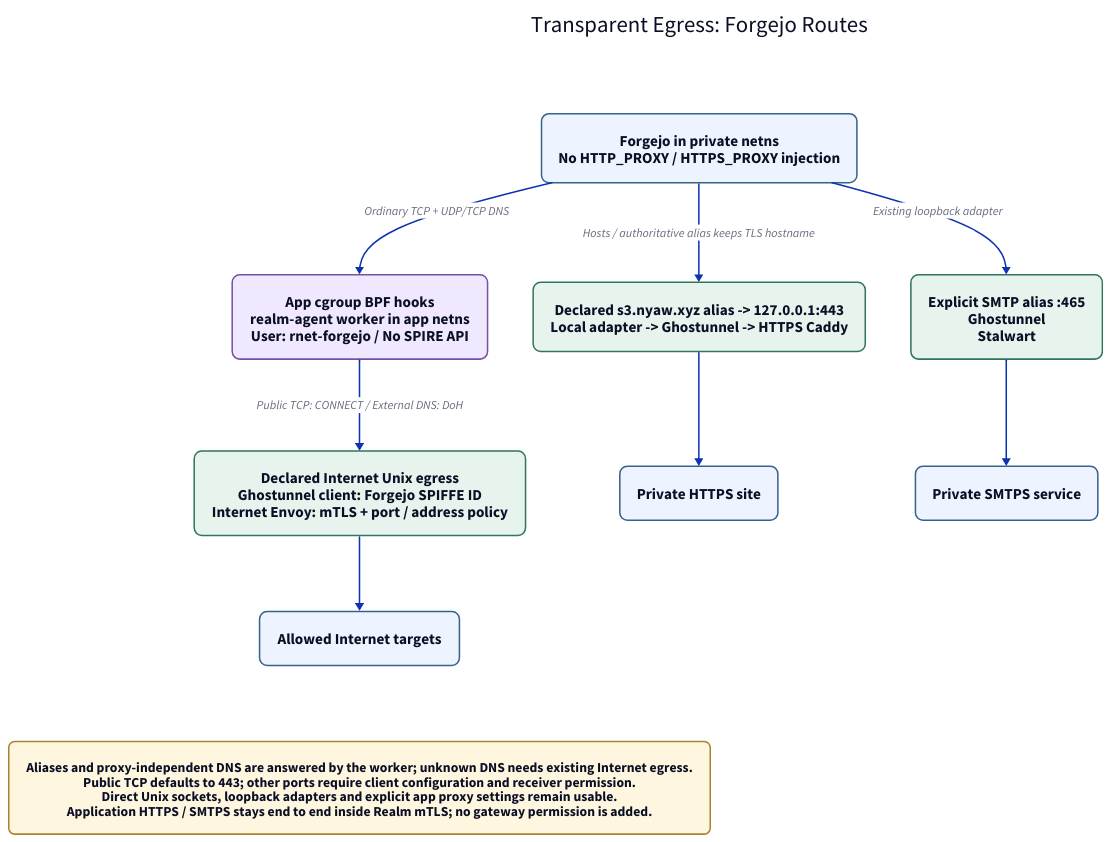
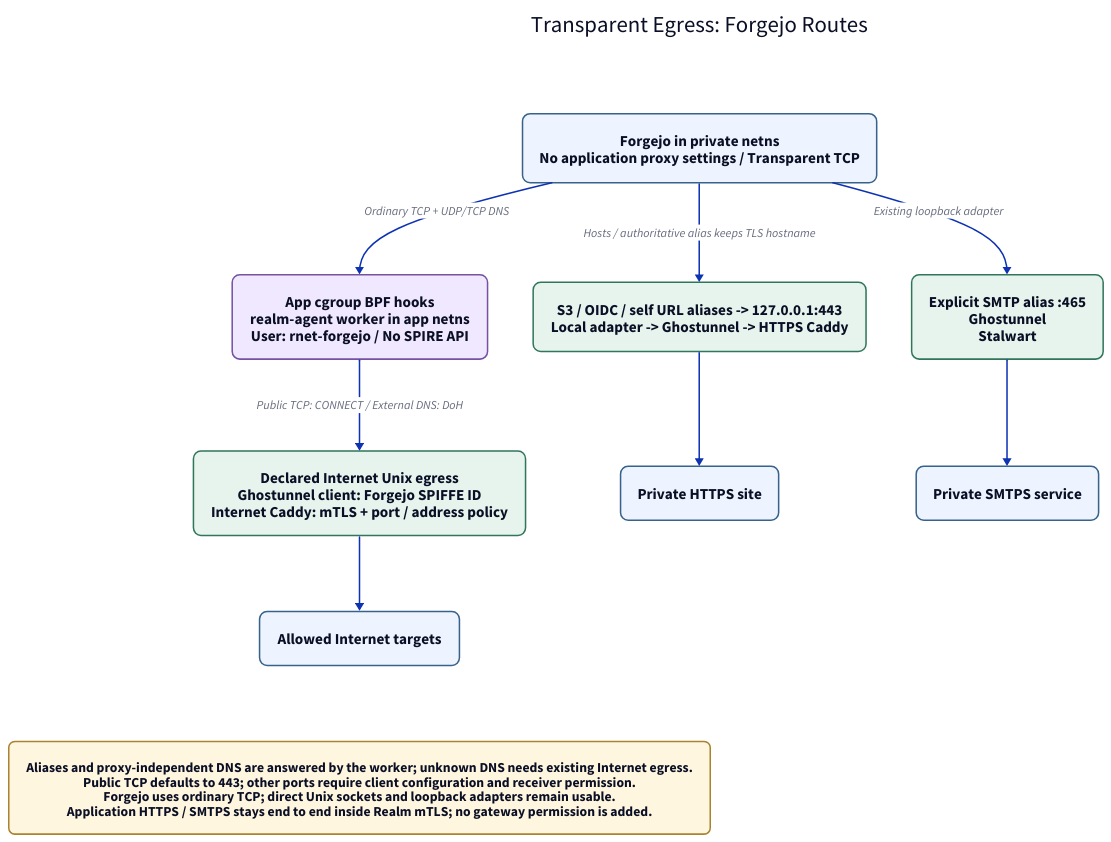
Before and after one commit to oluceps/nixos-config: the diagram in layout/http-egress.d2, drawn with D2. The commit also changed 51 other files, not shown here.

```diff
--- a/layout/http-egress.d2
+++ b/layout/http-egress.d2
@@ -1,29 +1,29 @@
 direction: down
 vars: { d2-config: { theme-id: 0 } }
 classes: {
   node: { style: { fill: "#eef4ff"; stroke: "#37628b"; border-radius: 10; font-size: 20 } }
   gateway: { style: { fill: "#e6f4ed"; stroke: "#31765b"; border-radius: 10; font-size: 20 } }
   agent: { style: { fill: "#f0e8ff"; stroke: "#7652a2"; border-radius: 10; font-size: 20 } }
   note: { style: { fill: "#fff6df"; stroke: "#aa8330"; border-radius: 8; font-size: 18 } }
 }
 title: "Transparent Egress: Forgejo Routes" { shape: text; style.font-size: 30 }
-forgejo: "Forgejo in private netns\nNo HTTP_PROXY / HTTPS_PROXY injection" { class: node }
+forgejo: "Forgejo in private netns\nNo application proxy settings / Transparent TCP" { class: node }
 capture: "App cgroup BPF hooks\nrealm-agent worker in app netns\nUser: rnet-forgejo / No SPIRE API" { class: agent }
-proxy: "Declared Internet Unix egress\nGhostunnel client: Forgejo SPIFFE ID\nInternet Envoy: mTLS + port / address policy" { class: gateway }
-https: "Declared s3.nyaw.xyz alias -> 127.0.0.1:443\nLocal adapter -> Ghostunnel -> HTTPS Caddy" { class: gateway }
+proxy: "Declared Internet Unix egress\nGhostunnel client: Forgejo SPIFFE ID\nInternet Caddy: mTLS + port / address policy" { class: gateway }
+https: "S3 / OIDC / self URL aliases -> 127.0.0.1:443\nLocal adapter -> Ghostunnel -> HTTPS Caddy" { class: gateway }
 smtp: "Explicit SMTP alias :465\nGhostunnel\nStalwart" { class: gateway }
 internet: "Allowed Internet targets" { class: node }
 private: "Private HTTPS site" { class: node }
 mail: "Private SMTPS service" { class: node }
 forgejo -> capture: "Ordinary TCP + UDP/TCP DNS"
 capture -> proxy: "Public TCP: CONNECT / External DNS: DoH"
 proxy -> internet
 forgejo -> https: "Hosts / authoritative alias keeps TLS hostname"
 https -> private
 forgejo -> smtp: "Existing loopback adapter"
 smtp -> mail
-note: "Aliases and proxy-independent DNS are answered by the worker; unknown DNS needs existing Internet egress.\nPublic TCP defaults to 443; other ports require client configuration and receiver permission.\nDirect Unix sockets, loopback adapters and explicit app proxy settings remain usable.\nApplication HTTPS / SMTPS stays end to end inside Realm mTLS; no gateway permission is added." { class: note }
+note: "Aliases and proxy-independent DNS are answered by the worker; unknown DNS needs existing Internet egress.\nPublic TCP defaults to 443; other ports require client configuration and receiver permission.\nForgejo uses ordinary TCP; direct Unix sockets and loopback adapters remain usable.\nApplication HTTPS / SMTPS stays end to end inside Realm mTLS; no gateway permission is added." { class: note }
 
 # Invisible edges place the title and note on their own rows.
 title -> forgejo: { style.opacity: 0 }
 internet -> note: { style.opacity: 0 }
```
